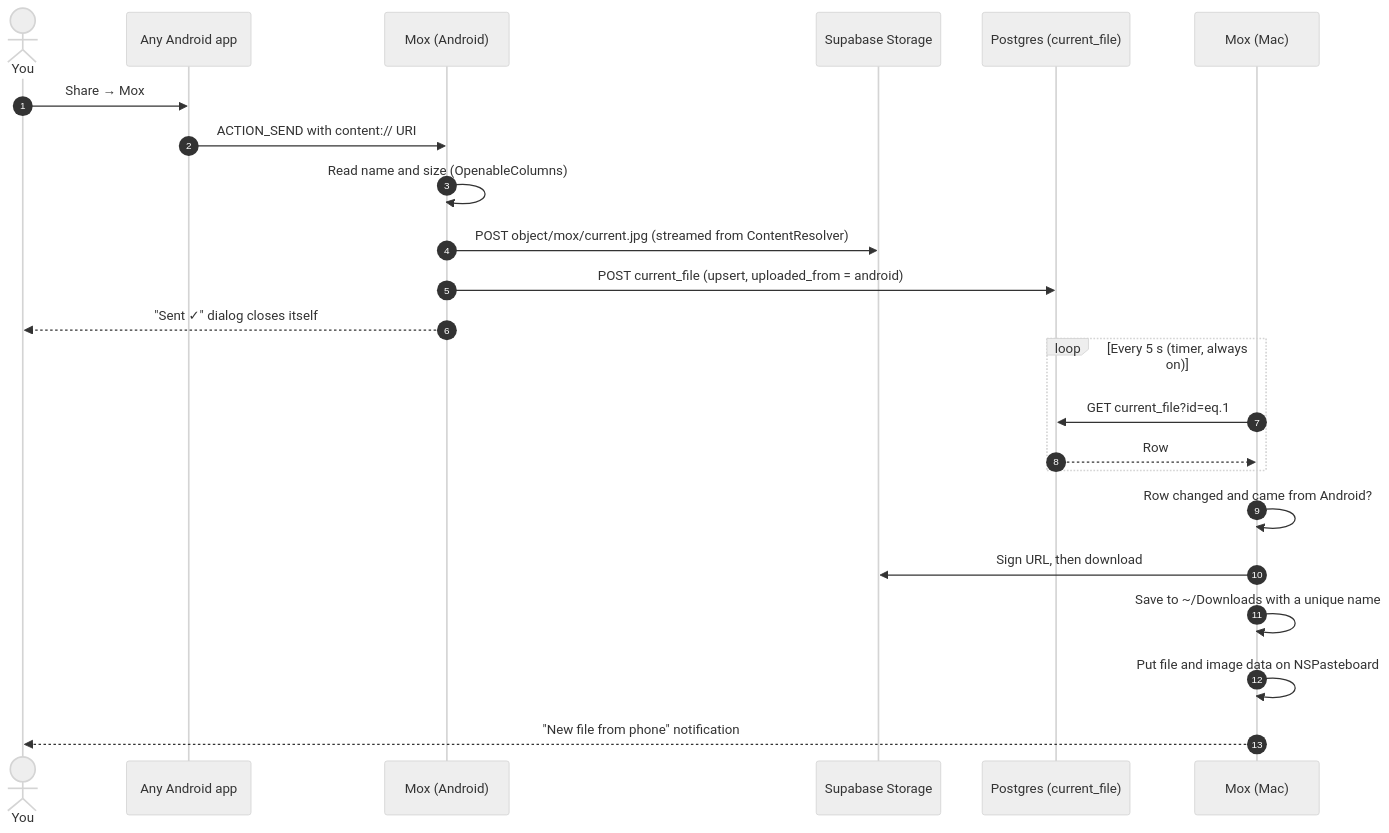
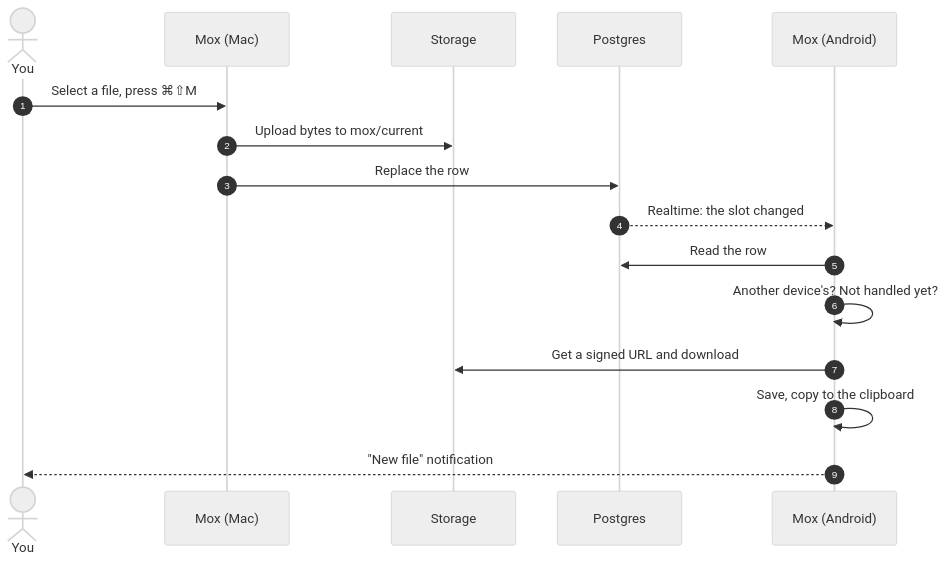
The sixth of 6 diagrams in docs/ARCHITECTURE.md (GiamSoo23/Mox), drawn with Mermaid (neutral theme) before and after one commit. The commit also changed other lines of this file and 12 other files, not shown here.

First line of the commit message:
docs: README and architecture for the current app, and community files

````diff
--- a/docs/ARCHITECTURE.md
+++ b/docs/ARCHITECTURE.md
@@ -220,27 +188,19 @@
 ```mermaid
 sequenceDiagram
     autonumber
     actor U as You
-    participant G as Any Android app
+    participant M as Mox (Mac)
+    participant S as Storage
+    participant DB as Postgres
     participant A as Mox (Android)
-    participant S as Supabase Storage
-    participant DB as Postgres (current_file)
-    participant M as Mox (Mac)
 
-    U->>G: Share → Mox
-    G->>A: ACTION_SEND with content:// URI
-    A->>A: Read name and size (OpenableColumns)
-    A->>S: POST object/mox/current.jpg (streamed from ContentResolver)
-    A->>DB: POST current_file (upsert, uploaded_from = android)
-    A-->>U: "Sent ✓" dialog closes itself
-
-    loop Every 5 s (timer, always on)
-        M->>DB: GET current_file?id=eq.1
-        DB-->>M: Row
-    end
-    M->>M: Row changed and came from Android?
-    M->>S: Sign URL, then download
-    M->>M: Save to ~/Downloads with a unique name
-    M->>M: Put file and image data on NSPasteboard
-    M-->>U: "New file from phone" notification
+    U->>M: Select a file, press ⌘⇧M
+    M->>S: Upload bytes to mox/current
+    M->>DB: Replace the row
+    DB-->>A: Realtime: the slot changed
+    A->>DB: Read the row
+    A->>A: Another device's? Not handled yet?
+    A->>S: Get a signed URL and download
+    A->>A: Save, copy to the clipboard
+    A-->>U: "New file" notification
 ```
````
